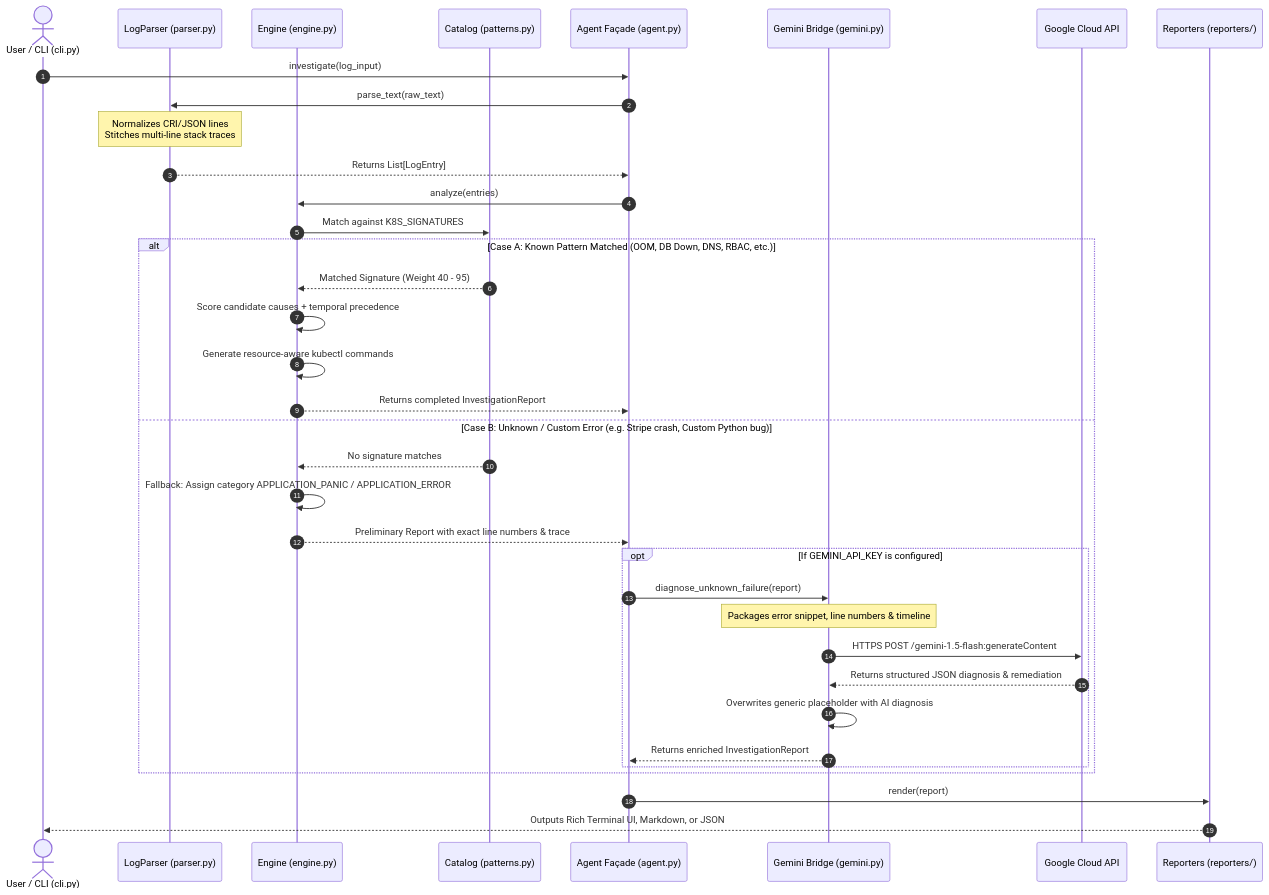
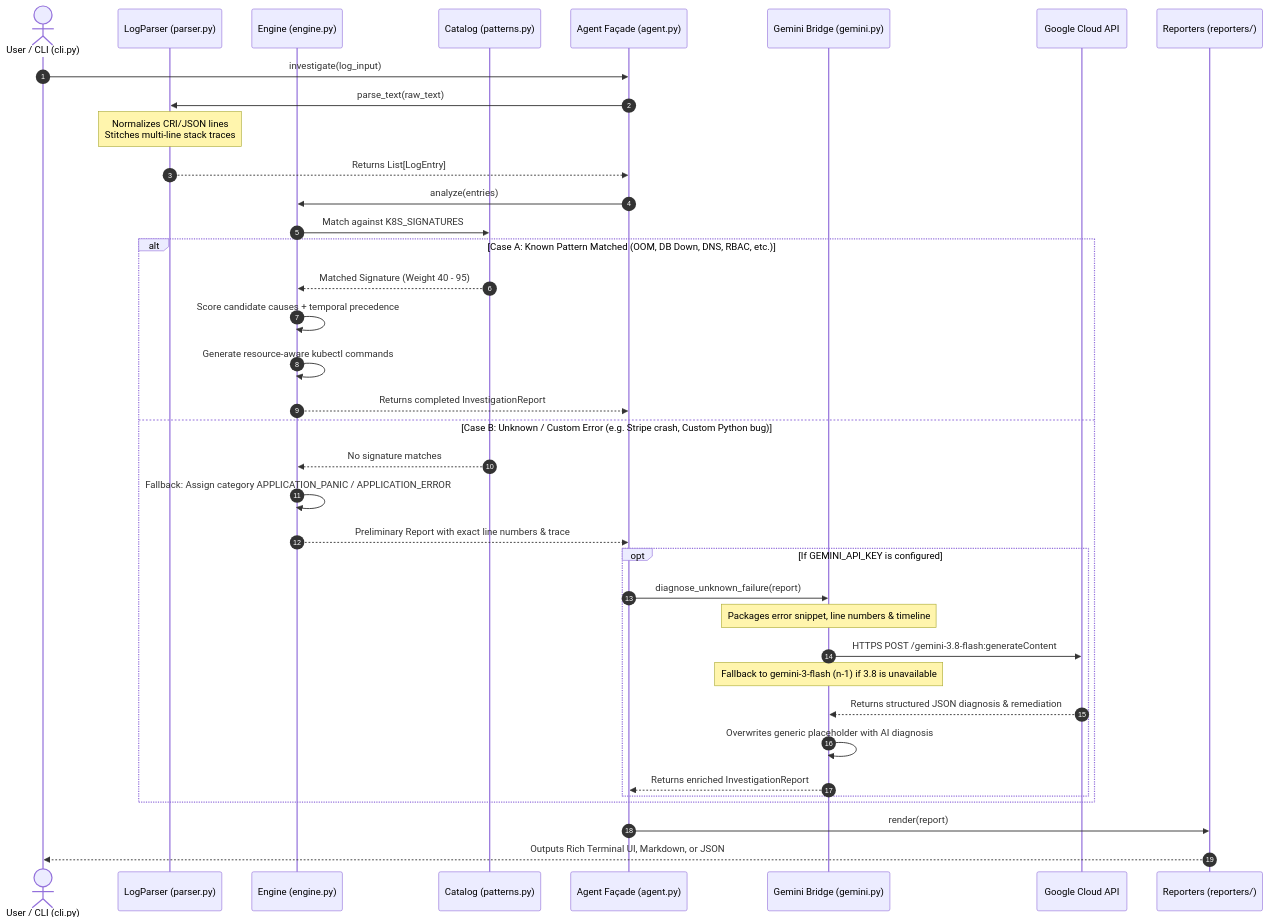
Before and after one commit to manjulearnings/kubernetes-investigation-agent: the second of 2 diagrams in docs/README.md, drawn with Mermaid. The commit also changed other lines of this file and 5 other files, not shown here.

Commit message:
docs: add comprehensive architecture documentation and diagrams

````diff
--- a/docs/README.md
+++ b/docs/README.md
@@ -67,43 +67,44 @@
 ```mermaid
 sequenceDiagram
     autonumber
     actor User as User / CLI (cli.py)
     participant Parser as LogParser (parser.py)
     participant Engine as Engine (engine.py)
     participant Patterns as Catalog (patterns.py)
     participant Agent as Agent Façade (agent.py)
     participant Gemini as Gemini Bridge (gemini.py)
     participant Google as Google Cloud API
     participant Reporter as Reporters (reporters/)
 
     User->>Agent: investigate(log_input)
     Agent->>Parser: parse_text(raw_text)
     Note over Parser: Normalizes CRI/JSON lines<br/>Stitches multi-line stack traces
     Parser-->>Agent: Returns List[LogEntry]
     
     Agent->>Engine: analyze(entries)
     Engine->>Patterns: Match against K8S_SIGNATURES
     
     alt Case A: Known Pattern Matched (OOM, DB Down, DNS, RBAC, etc.)
         Patterns-->>Engine: Matched Signature (Weight 40 - 95)
         Engine->>Engine: Score candidate causes + temporal precedence
         Engine->>Engine: Generate resource-aware kubectl commands
         Engine-->>Agent: Returns completed InvestigationReport
     else Case B: Unknown / Custom Error (e.g. Stripe crash, Custom Python bug)
         Patterns-->>Engine: No signature matches
         Engine->>Engine: Fallback: Assign category APPLICATION_PANIC / APPLICATION_ERROR
         Engine-->>Agent: Preliminary Report with exact line numbers & trace
         
         opt If GEMINI_API_KEY is configured
             Agent->>Gemini: diagnose_unknown_failure(report)
             Note over Gemini: Packages error snippet, line numbers & timeline
-            Gemini->>Google: HTTPS POST /gemini-1.5-flash:generateContent
+            Gemini->>Google: HTTPS POST /gemini-3.8-flash:generateContent
+            Note over Gemini: Fallback to gemini-3-flash (n-1) if 3.8 is unavailable
             Google-->>Gemini: Returns structured JSON diagnosis & remediation
             Gemini->>Gemini: Overwrites generic placeholder with AI diagnosis
             Gemini-->>Agent: Returns enriched InvestigationReport
         end
     end
     
     Agent->>Reporter: render(report)
     Reporter-->>User: Outputs Rich Terminal UI, Markdown, or JSON
 ```
````
